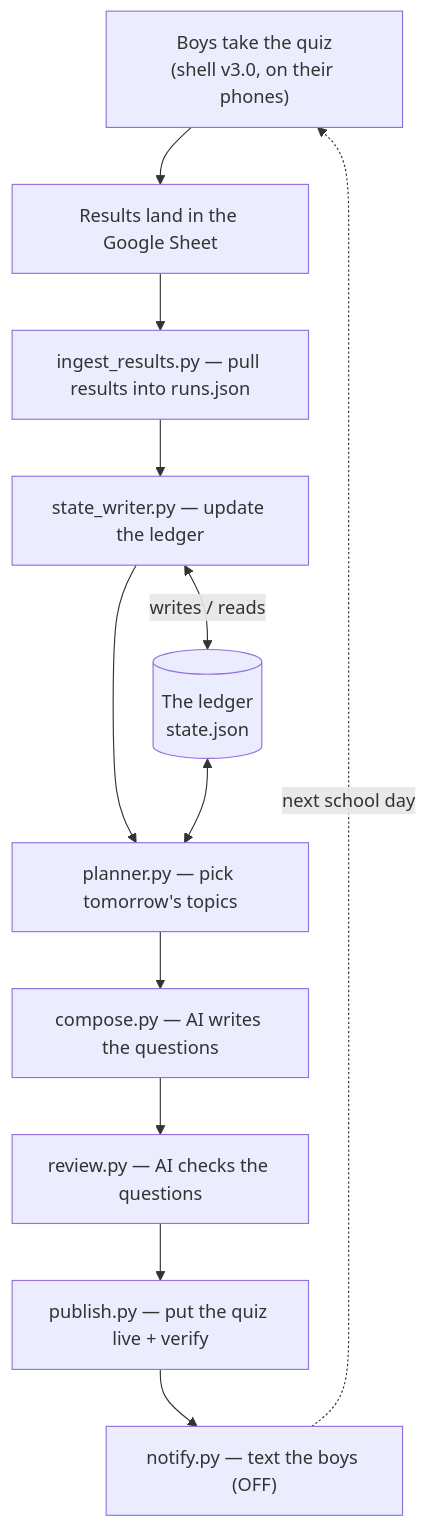
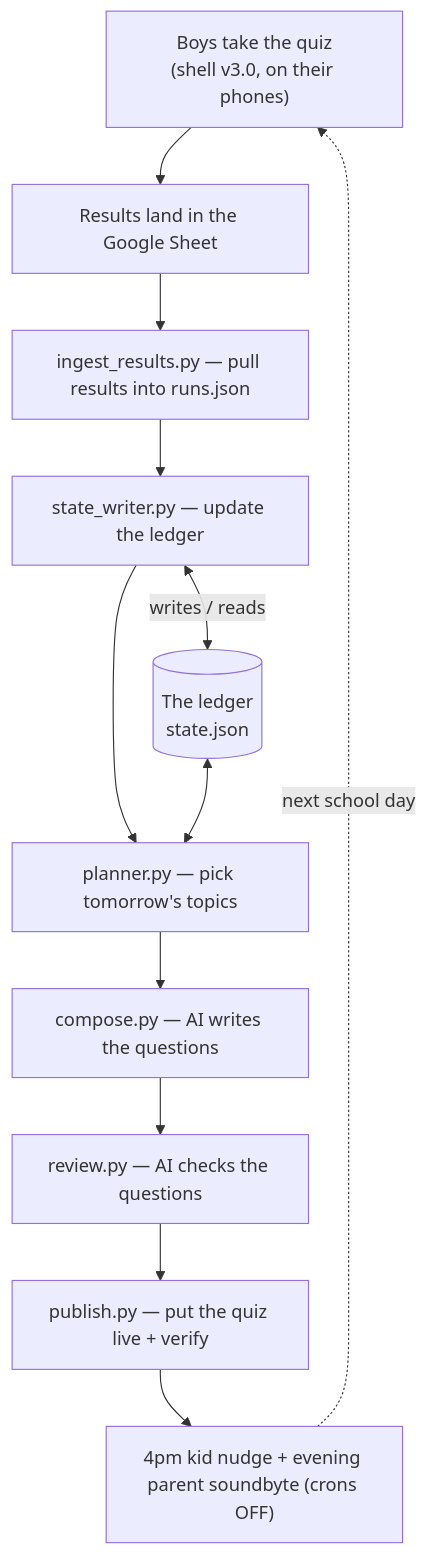
The diagram in SYSTEM-MAP.md (Rich898/DailyXP-content), drawn with Mermaid before and after one commit. The commit also changed other lines of this file and 7 other files, not shown here.

Commit message:
Comms canon: pin week rhythm; kid nudge -> 4pm verify-first job, decoupled from publish

````diff
--- a/SYSTEM-MAP.md
+++ b/SYSTEM-MAP.md
@@ -28,14 +28,14 @@
 ```mermaid
 flowchart TD
     A["Boys take the quiz<br/>(shell v3.0, on their phones)"] --> B["Results land in the Google Sheet"]
     B --> C["ingest_results.py — pull results into runs.json"]
     C --> D["state_writer.py — update the ledger"]
     D <-->|writes / reads| L[("The ledger<br/>state.json")]
     D --> E["planner.py — pick tomorrow's topics"]
     L <--> E
     E --> F["compose.py — AI writes the questions"]
     F --> G["review.py — AI checks the questions"]
     G --> H["publish.py — put the quiz live + verify"]
-    H --> I["notify.py — text the boys (OFF)"]
+    H --> I["4pm kid nudge + evening parent soundbyte (crons OFF)"]
     I -.->|next school day| A
 ```
````
